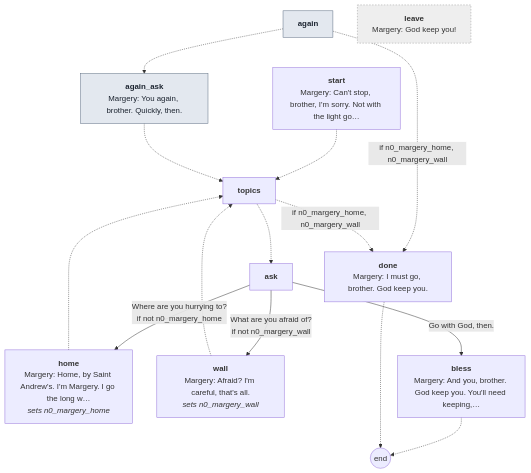
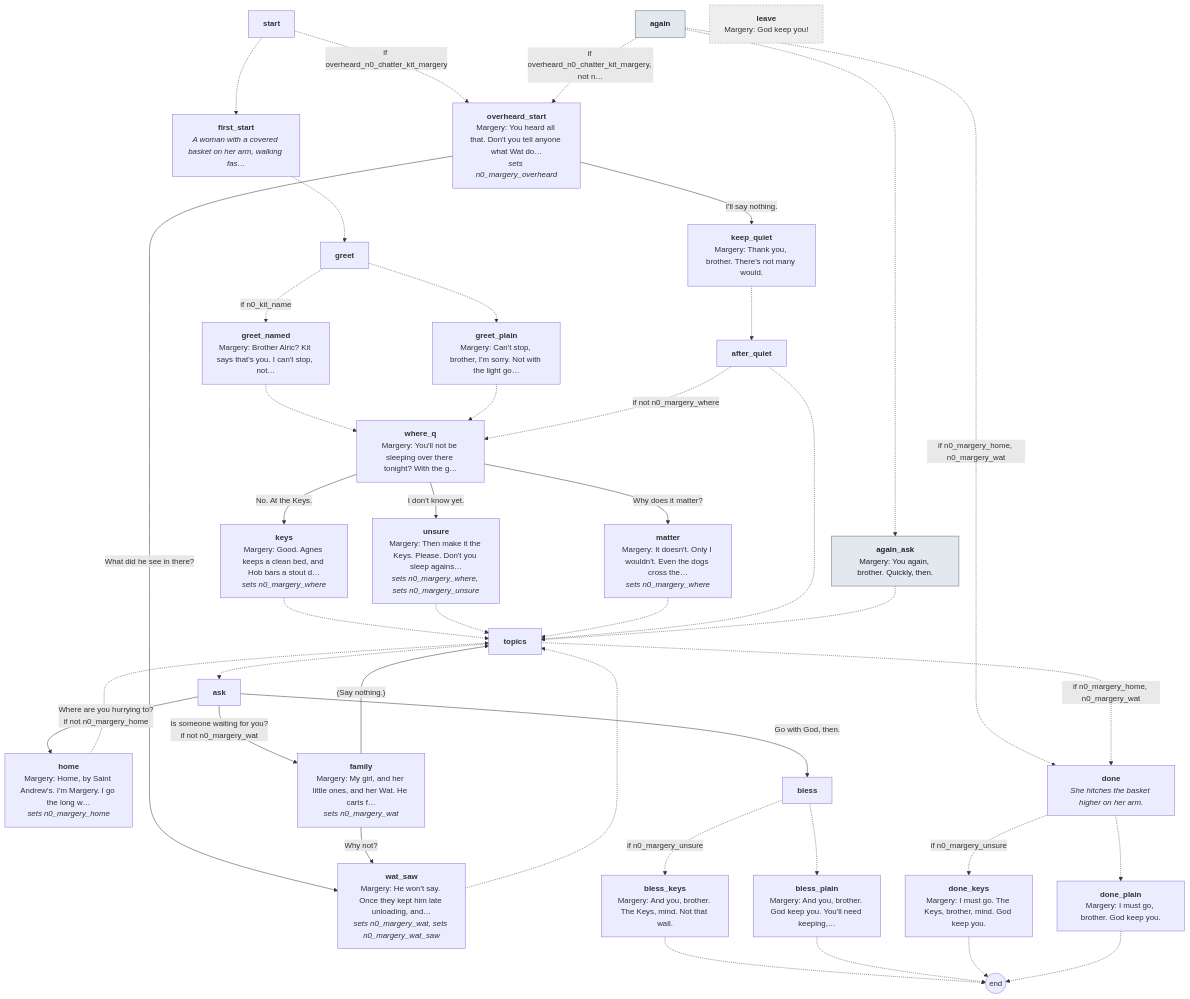
Diagram 13 of 19 in docs/script/night0.md (toastynaan/the-porter), drawn with Mermaid before and after one commit. The commit also changed other lines of this file and 25 other files, not shown here.

````diff
--- a/docs/script/night0.md
+++ b/docs/script/night0.md
@@ -1063,33 +2093,75 @@
 ```mermaid
 flowchart TD
-  p_start["<b>start</b><br/>Margery: Can't stop, brother, I'm sorry. Not with the light go…"]
+  p_start["<b>start</b>"]
+  p_first_start["<b>first_start</b><br/><i>A woman with a covered basket on her arm, walking fas…</i>"]
+  p_greet["<b>greet</b>"]
+  p_greet_named["<b>greet_named</b><br/>Margery: Brother Alric? Kit says that's you. I can't stop, not…"]
+  p_greet_plain["<b>greet_plain</b><br/>Margery: Can't stop, brother, I'm sorry. Not with the light go…"]
+  p_where_q["<b>where_q</b><br/>Margery: You'll not be sleeping over there tonight? With the g…"]
+  p_keys["<b>keys</b><br/>Margery: Good. Agnes keeps a clean bed, and Hob bars a stout d…<br/><i>sets n0_margery_where</i>"]
+  p_unsure["<b>unsure</b><br/>Margery: Then make it the Keys. Please. Don't you sleep agains…<br/><i>sets n0_margery_where, sets n0_margery_unsure</i>"]
+  p_matter["<b>matter</b><br/>Margery: It doesn't. Only I wouldn't. Even the dogs cross the…<br/><i>sets n0_margery_where</i>"]
+  p_overheard_start["<b>overheard_start</b><br/>Margery: You heard all that. Don't you tell anyone what Wat do…<br/><i>sets n0_margery_overheard</i>"]
+  p_keep_quiet["<b>keep_quiet</b><br/>Margery: Thank you, brother. There's not many would."]
+  p_after_quiet["<b>after_quiet</b>"]
   p_again["<b>again</b>"]
   p_again_ask["<b>again_ask</b><br/>Margery: You again, brother. Quickly, then."]
   p_topics["<b>topics</b>"]
   p_ask["<b>ask</b>"]
   p_home["<b>home</b><br/>Margery: Home, by Saint Andrew's. I'm Margery. I go the long w…<br/><i>sets n0_margery_home</i>"]
-  p_wall["<b>wall</b><br/>Margery: Afraid? I'm careful, that's all.<br/><i>sets n0_margery_wall</i>"]
-  p_bless["<b>bless</b><br/>Margery: And you, brother. God keep you. You'll need keeping,…"]
-  p_done["<b>done</b><br/>Margery: I must go, brother. God keep you."]
+  p_family["<b>family</b><br/>Margery: My girl, and her little ones, and her Wat. He carts f…<br/><i>sets n0_margery_wat</i>"]
+  p_wat_saw["<b>wat_saw</b><br/>Margery: He won't say. Once they kept him late unloading, and…<br/><i>sets n0_margery_wat, sets n0_margery_wat_saw</i>"]
+  p_bless["<b>bless</b>"]
+  p_bless_keys["<b>bless_keys</b><br/>Margery: And you, brother. The Keys, mind. Not that wall."]
+  p_bless_plain["<b>bless_plain</b><br/>Margery: And you, brother. God keep you. You'll need keeping,…"]
+  p_done["<b>done</b><br/><i>She hitches the basket higher on her arm.</i>"]
+  p_done_keys["<b>done_keys</b><br/>Margery: I must go. The Keys, brother, mind. God keep you."]
+  p_done_plain["<b>done_plain</b><br/>Margery: I must go, brother. God keep you."]
   p_leave["<b>leave</b><br/>Margery: God keep you!"]
   end_((end))
-  p_start -.-> p_topics
-  p_again -.->|"if n0_margery_home, n0_margery_wall"| p_done
+  p_start -.->|"if overheard_n0_chatter_kit_margery"| p_overheard_start
+  p_start -.-> p_first_start
+  p_first_start -.-> p_greet
+  p_greet -.->|"if n0_kit_name"| p_greet_named
+  p_greet -.-> p_greet_plain
+  p_greet_named -.-> p_where_q
+  p_greet_plain -.-> p_where_q
+  p_where_q -->|"No. At the Keys."| p_keys
+  p_where_q -->|"I don't know yet."| p_unsure
+  p_where_q -->|"Why does it matter?"| p_matter
+  p_keys -.-> p_topics
+  p_unsure -.-> p_topics
+  p_matter -.-> p_topics
+  p_overheard_start -->|"I'll say nothing."| p_keep_quiet
+  p_overheard_start -->|"What did he see in there?"| p_wat_saw
+  p_keep_quiet -.-> p_after_quiet
+  p_after_quiet -.->|"if not n0_margery_where"| p_where_q
+  p_after_quiet -.-> p_topics
+  p_again -.->|"if overheard_n0_chatter_kit_margery, not n…"| p_overheard_start
+  p_again -.->|"if n0_margery_home, n0_margery_wat"| p_done
   p_again -.-> p_again_ask
   p_again_ask -.-> p_topics
-  p_topics -.->|"if n0_margery_home, n0_margery_wall"| p_done
+  p_topics -.->|"if n0_margery_home, n0_margery_wat"| p_done
   p_topics -.-> p_ask
   p_ask -->|"Where are you hurrying to?<br/>if not n0_margery_home"| p_home
-  p_ask -->|"What are you afraid of?<br/>if not n0_margery_wall"| p_wall
+  p_ask -->|"Is someone waiting for you?<br/>if not n0_margery_wat"| p_family
   p_ask -->|"Go with God, then."| p_bless
   p_home -.-> p_topics
-  p_wall -.-> p_topics
-  p_bless -.-> end_
-  p_done -.-> end_
+  p_family -->|"Why not?"| p_wat_saw
+  p_family -->|"(Say nothing.)"| p_topics
+  p_wat_saw -.-> p_topics
+  p_bless -.->|"if n0_margery_unsure"| p_bless_keys
+  p_bless -.-> p_bless_plain
+  p_bless_keys -.-> end_
+  p_bless_plain -.-> end_
+  p_done -.->|"if n0_margery_unsure"| p_done_keys
+  p_done -.-> p_done_plain
+  p_done_keys -.-> end_
+  p_done_plain -.-> end_
   classDef claim fill:#f3e3b5,stroke:#9a6b1a,color:#2b2116
   classDef again fill:#e3e8ef,stroke:#5b6b80,color:#1c2430
   classDef leave fill:#eee,stroke:#999,color:#333,stroke-dasharray: 3 3
   class p_again again
   class p_again_ask again
   class p_leave leave
 ```
````
